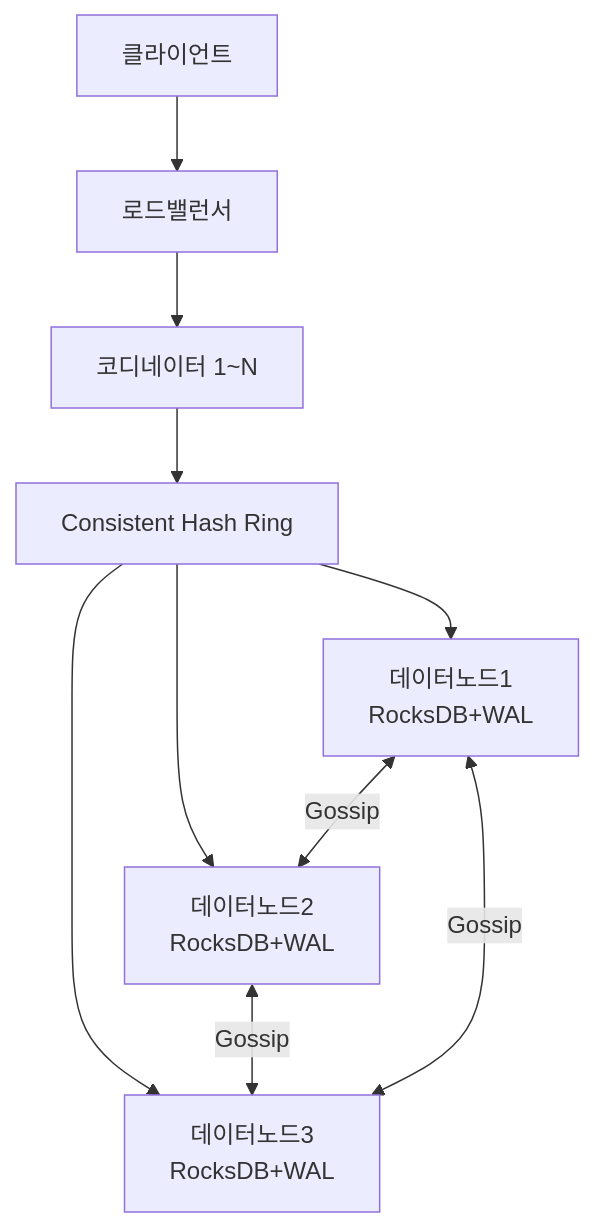
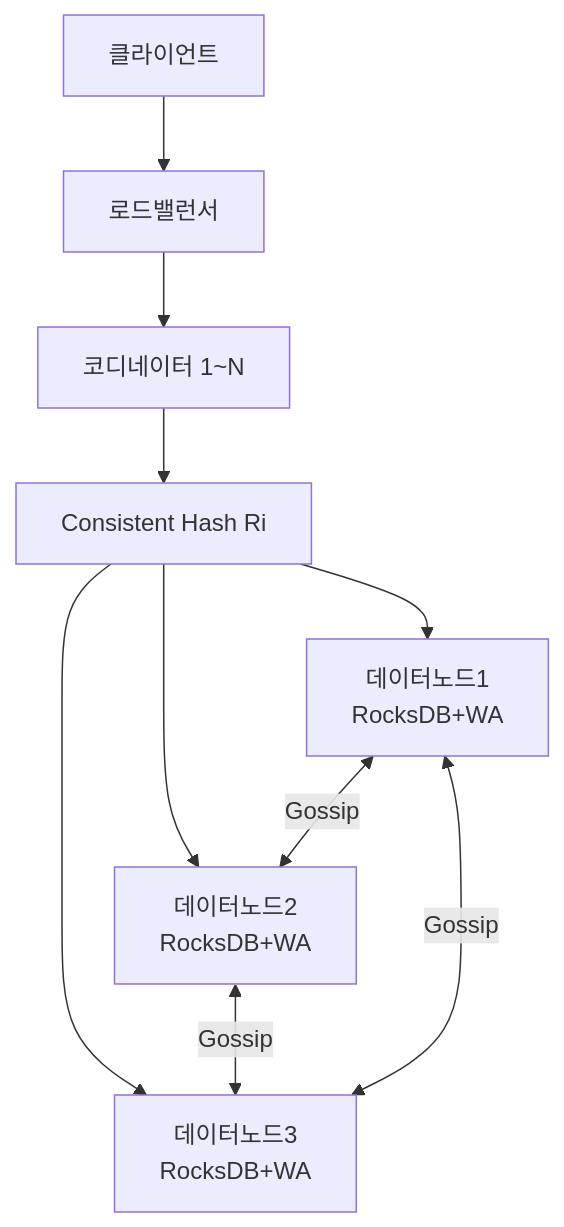
The sixth of 8 diagrams in _posts/systemdesign/2026-05-03-system-design-kv-store.md (yjkim2015/yjkim2015.github.io), drawn with Mermaid before and after one commit. The commit also changed other lines of this file and 271 other files, not shown here.

First line of the commit message:
Mermaid 라벨 축소: 긴 노드 텍스트 18자 이하로 트림 + \n 제거

````diff
--- a/_posts/systemdesign/2026-05-03-system-design-kv-store.md
+++ b/_posts/systemdesign/2026-05-03-system-design-kv-store.md
@@ -581,10 +581,10 @@
 ```mermaid
 graph TD
     Client["클라이언트"] --> LB["로드밸런서"]
     LB --> Coord["코디네이터 1~N"]
-    Coord --> Ring["Consistent Hash Ring"]
-    Ring --> D1["데이터노드1\nRocksDB+WAL"]
-    Ring --> D2["데이터노드2\nRocksDB+WAL"]
-    Ring --> D3["데이터노드3\nRocksDB+WAL"]
+    Coord --> Ring["Consistent Hash Ri"]
+    Ring --> D1["데이터노드1\nRocksDB+WA"]
+    Ring --> D2["데이터노드2\nRocksDB+WA"]
+    Ring --> D3["데이터노드3\nRocksDB+WA"]
     D1 <-->|"Gossip"| D2 <-->|"Gossip"| D3 <-->|"Gossip"| D1
 ```
````
